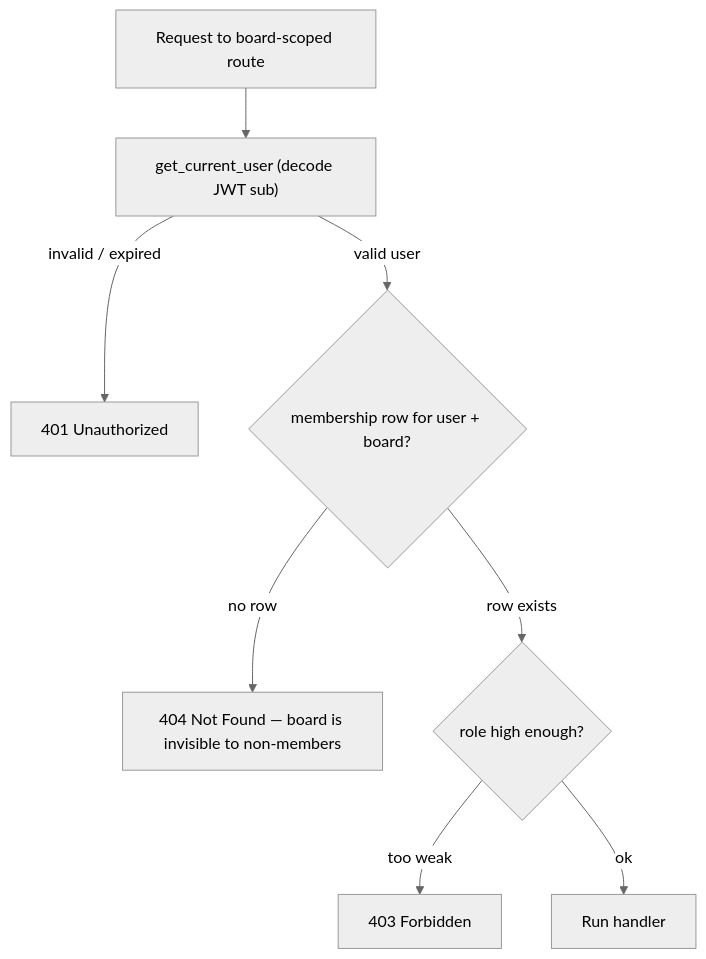
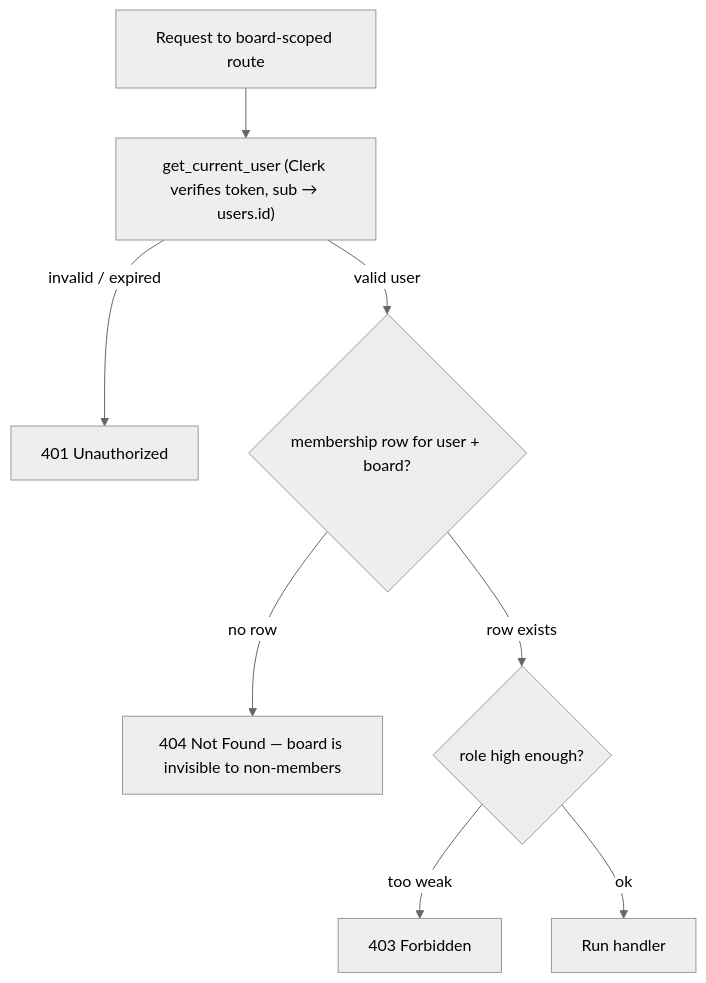
One commit to MicolGiannelli19/taskflow changed the second of 2 diagrams in backend/docs/schema.md. Above: the diagram before and after it, drawn with Mermaid (neutral theme). The commit also changed other lines of this file and 5 other files, not shown here.

````diff
--- a/backend/docs/schema.md
+++ b/backend/docs/schema.md
@@ -204,10 +215,10 @@
 ```mermaid
 flowchart TD
-    A["Request to board-scoped route"] --> B["get_current_user (decode JWT sub)"]
+    A["Request to board-scoped route"] --> B["get_current_user (Clerk verifies token, sub → users.id)"]
     B -->|invalid / expired| U["401 Unauthorized"]
     B -->|valid user| C{"membership row for user + board?"}
     C -->|no row| N["404 Not Found — board is invisible to non-members"]
     C -->|row exists| D{"role high enough?"}
     D -->|too weak| F["403 Forbidden"]
     D -->|ok| H["Run handler"]
 ```
````
